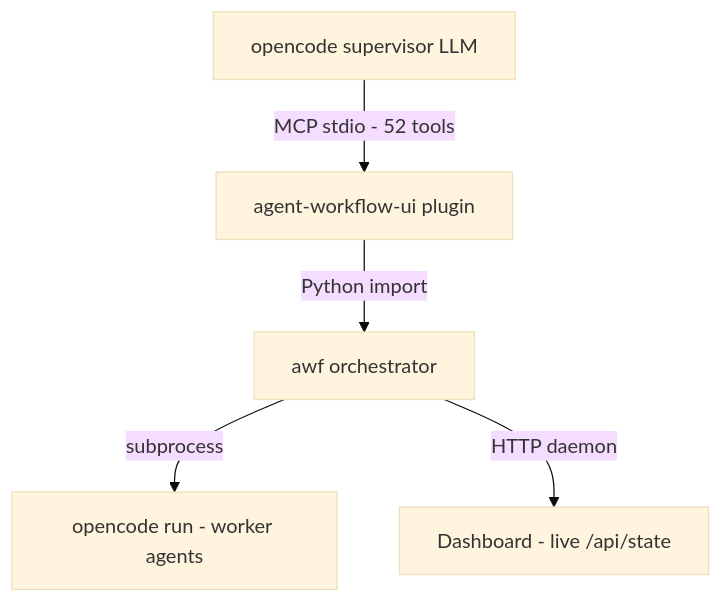
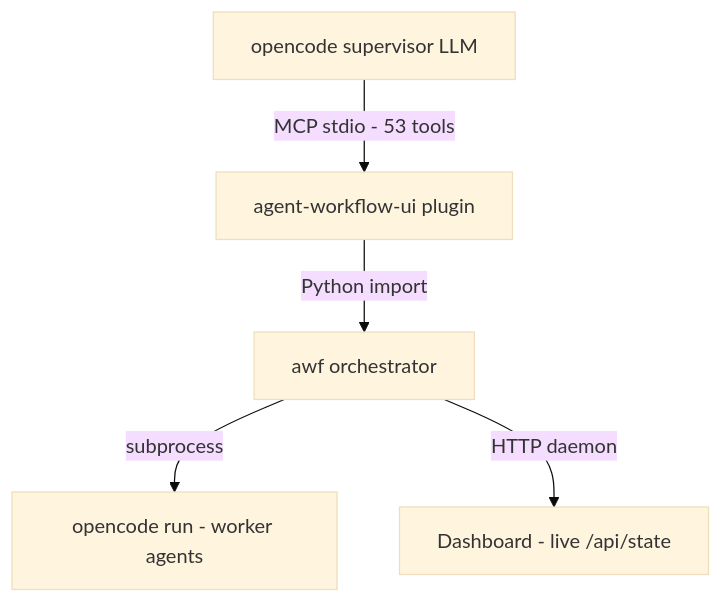
Before and after one commit to EnerJizeIT/agentic-workflow: the second of 2 diagrams in README.md, drawn with Mermaid (base theme). The commit also changed other lines of this file and 25 other files, not shown here.

````diff
--- a/README.md
+++ b/README.md
@@ -91,7 +91,7 @@
 ```mermaid
 graph TD
-    A[opencode supervisor LLM] -->|MCP stdio - 52 tools| B[agent-workflow-ui plugin]
+    A[opencode supervisor LLM] -->|MCP stdio - 53 tools| B[agent-workflow-ui plugin]
     B -->|Python import| C[awf orchestrator]
     C -->|subprocess| D[opencode run - worker agents]
     C -->|HTTP daemon| E[Dashboard - live /api/state]
 ```
````
